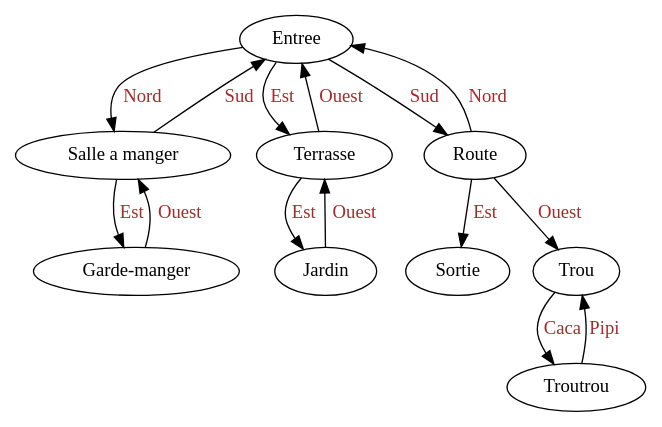
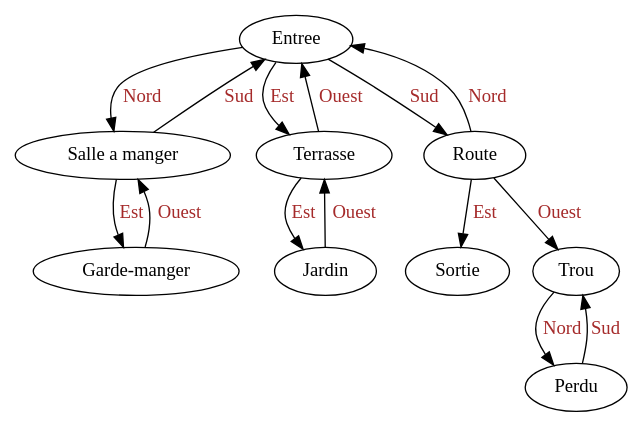
One commit to JESAISaps/KnotsAndStrings changed the diagram in dot.dot. Above: the diagram before and after it, drawn with Graphviz. The commit also changed 3 other files, not shown here.

```diff
--- a/dot.dot
+++ b/dot.dot
@@ -1,16 +1,16 @@
 digraph g{ 
 "Entree" -> "Salle a manger" [label = "Nord"] [fontcolor=brown]
 "Entree" -> "Terrasse" [label = "Est"] [fontcolor=brown]
 "Entree" -> "Route" [label = "Sud"] [fontcolor=brown]
 "Salle a manger" -> "Entree" [label = "Sud"] [fontcolor=brown]
 "Salle a manger" -> "Garde-manger" [label = "Est"] [fontcolor=brown]
 "Terrasse" -> "Jardin" [label = "Est"] [fontcolor=brown]
 "Terrasse" -> "Entree" [label = "Ouest"] [fontcolor=brown]
 "Route" -> "Entree" [label = "Nord"] [fontcolor=brown]
 "Route" -> "Sortie" [label = "Est"] [fontcolor=brown]
 "Route" -> "Trou" [label = "Ouest"] [fontcolor=brown]
 "Garde-manger" -> "Salle a manger" [label = "Ouest"] [fontcolor=brown]
 "Jardin" -> "Terrasse" [label = "Ouest"] [fontcolor=brown]
-"Trou" -> "Troutrou" [label = "Caca"] [fontcolor=brown]
-"Troutrou" -> "Trou" [label = "Pipi"] [fontcolor=brown]
+"Trou" -> "Perdu" [label = "Nord"] [fontcolor=brown]
+"Perdu" -> "Trou" [label = "Sud"] [fontcolor=brown]
 }
```
